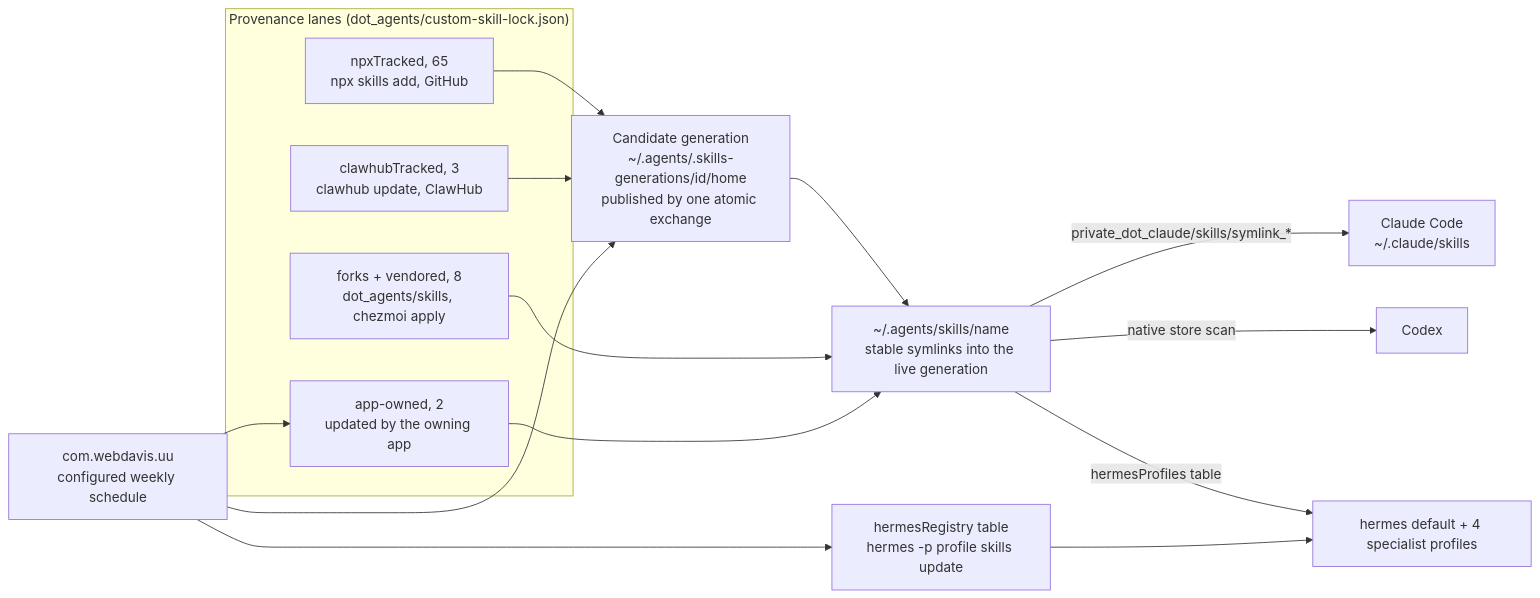
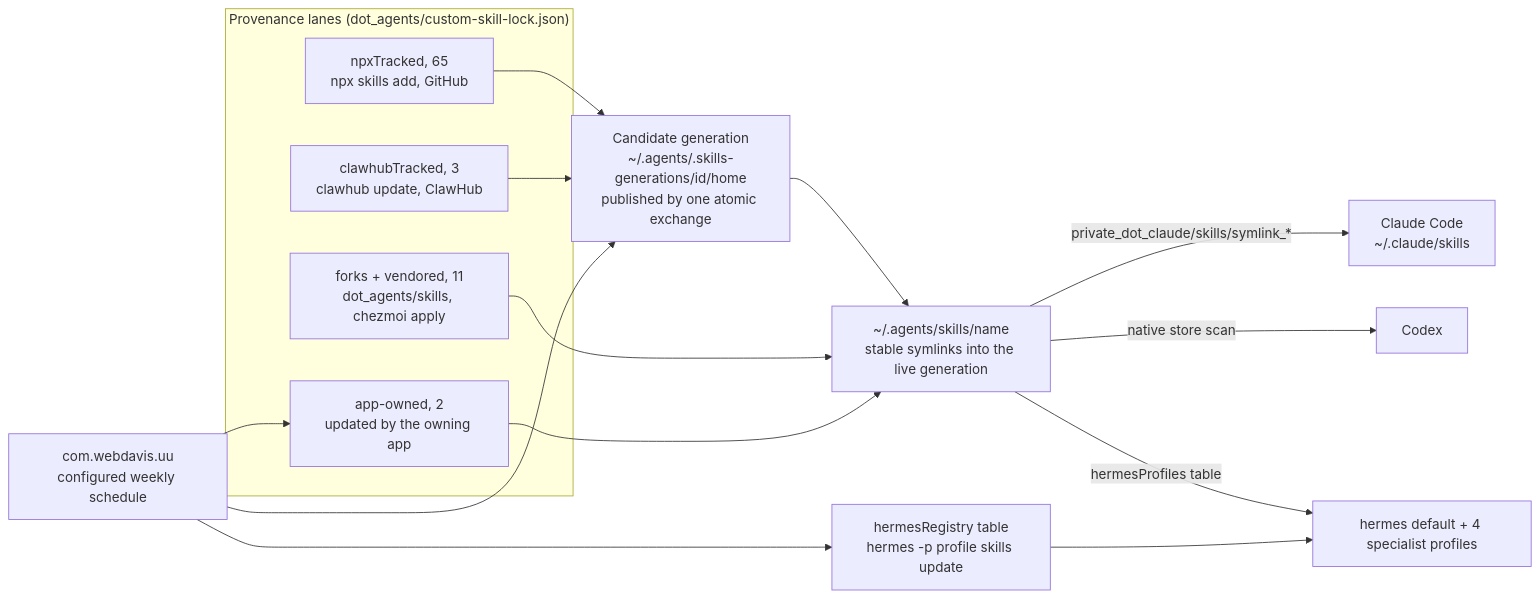
One commit to webdavis/dotfiles changed the diagram in docs/runbooks/agent-skills-store.md. Above: the diagram before and after it, drawn with Mermaid. The commit also changed other lines of this file and 2 other files, not shown here.

First line of the commit message:
docs(runbooks): record the pns skills as store content behind wrappers

````diff
--- a/docs/runbooks/agent-skills-store.md
+++ b/docs/runbooks/agent-skills-store.md
@@ -13,23 +13,23 @@
 ```mermaid
 flowchart LR
   subgraph provenance["Provenance lanes (dot_agents/custom-skill-lock.json)"]
     NPX["npxTracked, 65<br/>npx skills add, GitHub"]
     CLAW["clawhubTracked, 3<br/>clawhub update, ClawHub"]
-    VEND["forks + vendored, 8<br/>dot_agents/skills, chezmoi apply"]
+    VEND["forks + vendored, 11<br/>dot_agents/skills, chezmoi apply"]
     APP["app-owned, 2<br/>updated by the owning app"]
   end
   NPX --> GEN
   CLAW --> GEN
   GEN["Candidate generation<br/>~/.agents/.skills-generations/id/home<br/>published by one atomic exchange"]
   GEN --> STORE
   VEND --> STORE
   APP --> STORE
   STORE["~/.agents/skills/name<br/>stable symlinks into the live generation"]
   STORE -->|"private_dot_claude/skills/symlink_*"| CC["Claude Code<br/>~/.claude/skills"]
   STORE -->|"native store scan"| CODEX["Codex"]
   STORE -->|"hermesProfiles table"| HERMES["hermes default + 4 specialist profiles"]
   HUB["hermesRegistry table<br/>hermes -p profile skills update"] --> HERMES
   WEEK["com.webdavis.uu<br/>configured weekly schedule"] --> GEN
   WEEK --> HUB
   WEEK --> APP
 ```
````
